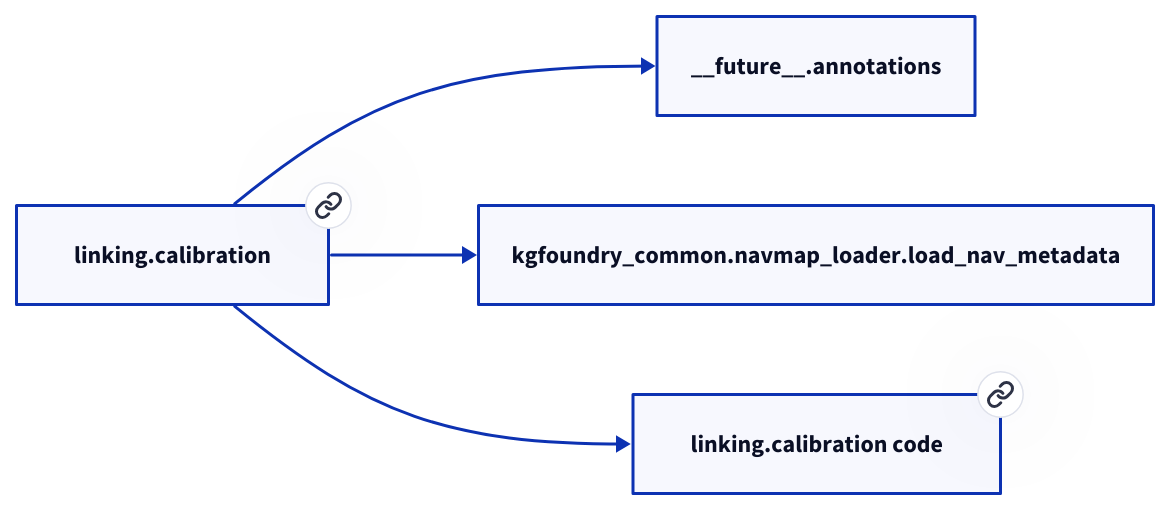
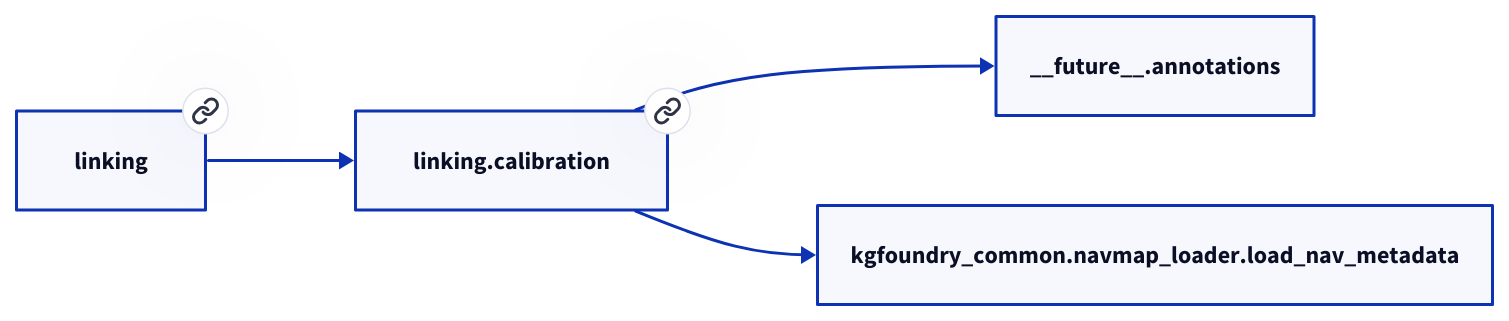
Before and after one commit to paul-heyse/kgforge: the diagram in docs/modules/linking/calibration.md, drawn with D2. The commit also changed other lines of this file and 208 other files, not shown here.

````diff
--- a/docs/modules/linking/calibration.md
+++ b/docs/modules/linking/calibration.md
@@ -27,10 +31,10 @@
 ```d2
 direction: right
-"linking.calibration": "linking.calibration" { link: "./linking/calibration.md" }
+"linking.calibration": "linking.calibration" { link: "https://github.com/paul-heyse/kgfoundry/blob/main/src/linking/calibration.py" }
 "__future__.annotations": "__future__.annotations"
 "linking.calibration" -> "__future__.annotations"
 "kgfoundry_common.navmap_loader.load_nav_metadata": "kgfoundry_common.navmap_loader.load_nav_metadata"
 "linking.calibration" -> "kgfoundry_common.navmap_loader.load_nav_metadata"
-"linking.calibration_code": "linking.calibration code" { link: "https://github.com/kgfoundry/kgfoundry/blob/main/src/linking/calibration.py" }
-"linking.calibration" -> "linking.calibration_code" { style: dashed }
+"linking": "linking" { link: "https://github.com/paul-heyse/kgfoundry/blob/main/src/linking/__init__.py" }
+"linking" -> "linking.calibration" { style: dashed }
 ```
````
